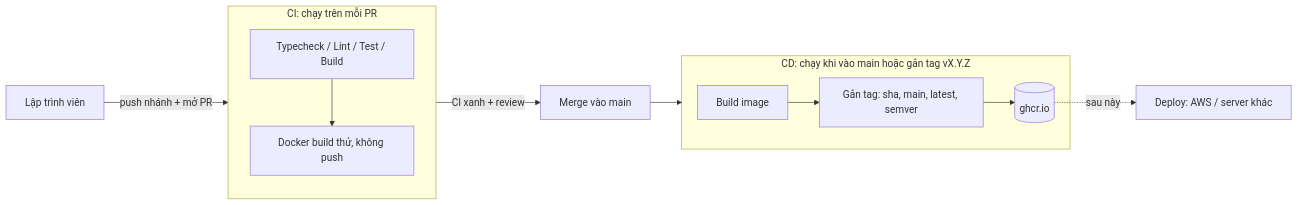
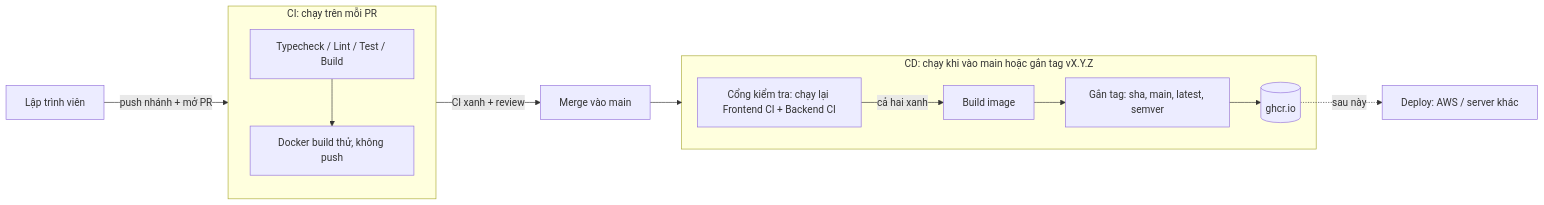
One commit to sneakez/nexus-aws changed the diagram in docs/architecture/cicd-pipeline.md. Above: the diagram before and after it, drawn with Mermaid. The commit also changed other lines of this file and 3 other files, not shown here.

````diff
--- a/docs/architecture/cicd-pipeline.md
+++ b/docs/architecture/cicd-pipeline.md
@@ -12,14 +12,15 @@
 ```mermaid
 flowchart LR
   Dev[Lập trình viên] -->|push nhánh + mở PR| CI
   subgraph CI [CI: chạy trên mỗi PR]
     A[Typecheck / Lint / Test / Build] --> B[Docker build thử, không push]
   end
   CI -->|CI xanh + review| Merge[Merge vào main]
   Merge --> CD
   subgraph CD [CD: chạy khi vào main hoặc gắn tag vX.Y.Z]
-    C[Build image] --> D[Gắn tag: sha, main, latest, semver]
+    G[Cổng kiểm tra: chạy lại Frontend CI + Backend CI] -->|cả hai xanh| C[Build image]
+    C --> D[Gắn tag: sha, main, latest, semver]
     D --> E[(ghcr.io)]
   end
   E -.->|sau này| F[Deploy: AWS / server khác]
 ```
````
